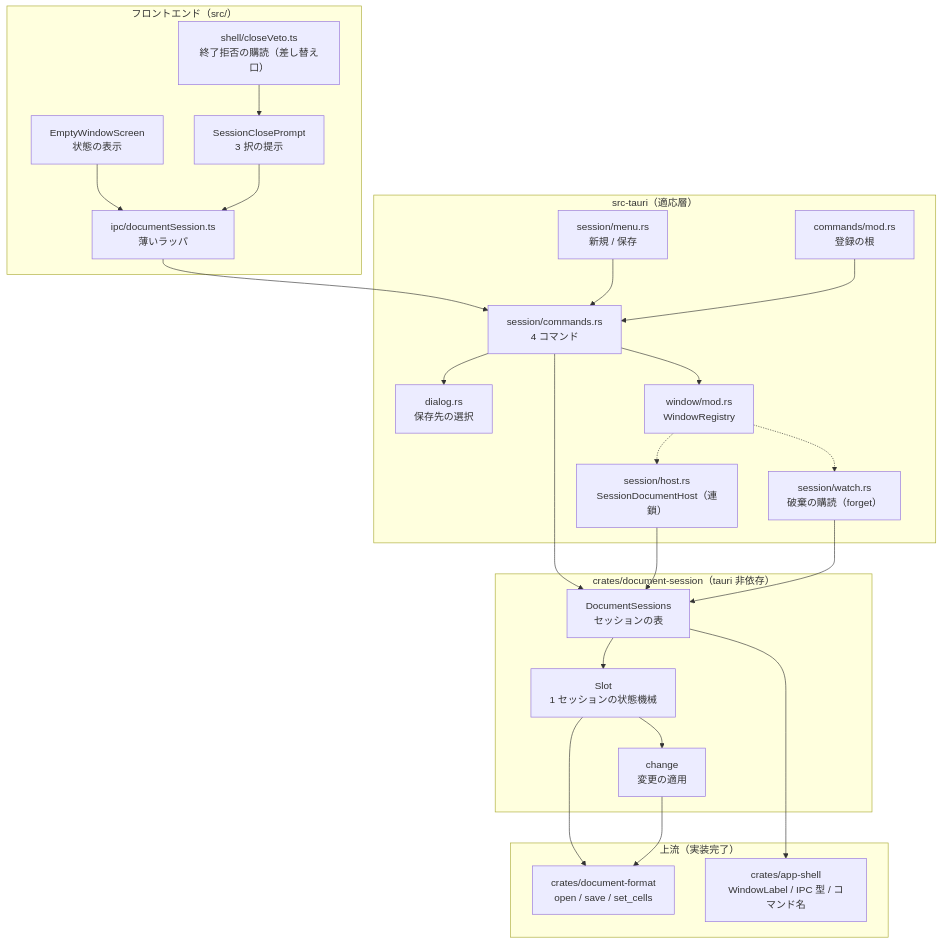
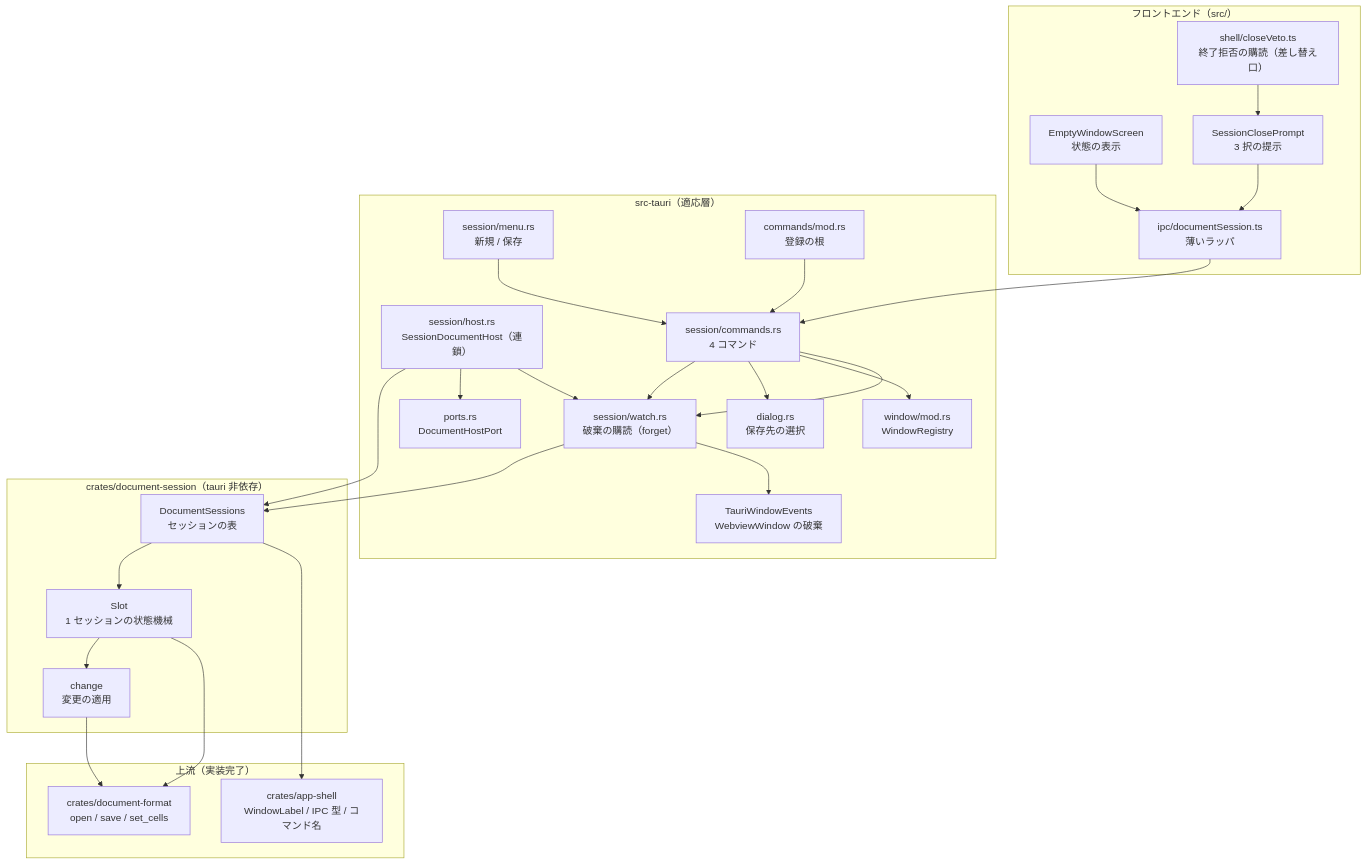
One commit to HDYS-TTBYS/jxcel changed the first of 8 diagrams in .kiro/specs/document-session/design.md. Above: the diagram before and after it, drawn with Mermaid. The commit also changed other lines of this file and 4 other files, not shown here.

````diff
--- a/.kiro/specs/document-session/design.md
+++ b/.kiro/specs/document-session/design.md
@@ -91,49 +92,53 @@
 ```mermaid
 graph TB
     subgraph Frontend["フロントエンド（src/）"]
         Empty["EmptyWindowScreen<br/>状態の表示"]
         Prompt["SessionClosePrompt<br/>3 択の提示"]
         Veto["shell/closeVeto.ts<br/>終了拒否の購読（差し替え口）"]
         SessionIpc["ipc/documentSession.ts<br/>薄いラッパ"]
     end
 
     subgraph Adapter["src-tauri（適応層）"]
         Host["session/host.rs<br/>SessionDocumentHost（連鎖）"]
         Cmds["session/commands.rs<br/>4 コマンド"]
         Menu["session/menu.rs<br/>新規 / 保存"]
         Watch["session/watch.rs<br/>破棄の購読（forget）"]
         Dialog["dialog.rs<br/>保存先の選択"]
         Commands["commands/mod.rs<br/>登録の根"]
         Registry["window/mod.rs<br/>WindowRegistry"]
+        Port["ports.rs<br/>DocumentHostPort"]
+        Events["TauriWindowEvents<br/>WebviewWindow の破棄"]
     end
 
     subgraph Core["crates/document-session（tauri 非依存）"]
         Sessions["DocumentSessions<br/>セッションの表"]
         Slot["Slot<br/>1 セッションの状態機械"]
         Change["change<br/>変更の適用"]
     end
 
     subgraph Upstream["上流（実装完了）"]
         Fmt["crates/document-format<br/>open / save / set_cells"]
         Shell["crates/app-shell<br/>WindowLabel / IPC 型 / コマンド名"]
     end
 
     Empty --> SessionIpc
     Prompt --> SessionIpc
     Veto --> Prompt
     SessionIpc --> Cmds
-    Cmds --> Sessions
+    Cmds --> Watch
     Cmds --> Dialog
     Cmds --> Registry
     Menu --> Cmds
     Commands --> Cmds
     Host --> Sessions
+    Host --> Port
+    Host --> Watch
     Watch --> Sessions
-    Registry -.-> Host
-    Registry -.-> Watch
+    Watch --> Events
+    Cmds --> Watch
     Sessions --> Slot
     Slot --> Change
     Slot --> Fmt
     Sessions --> Shell
     Change --> Fmt
 ```
````
